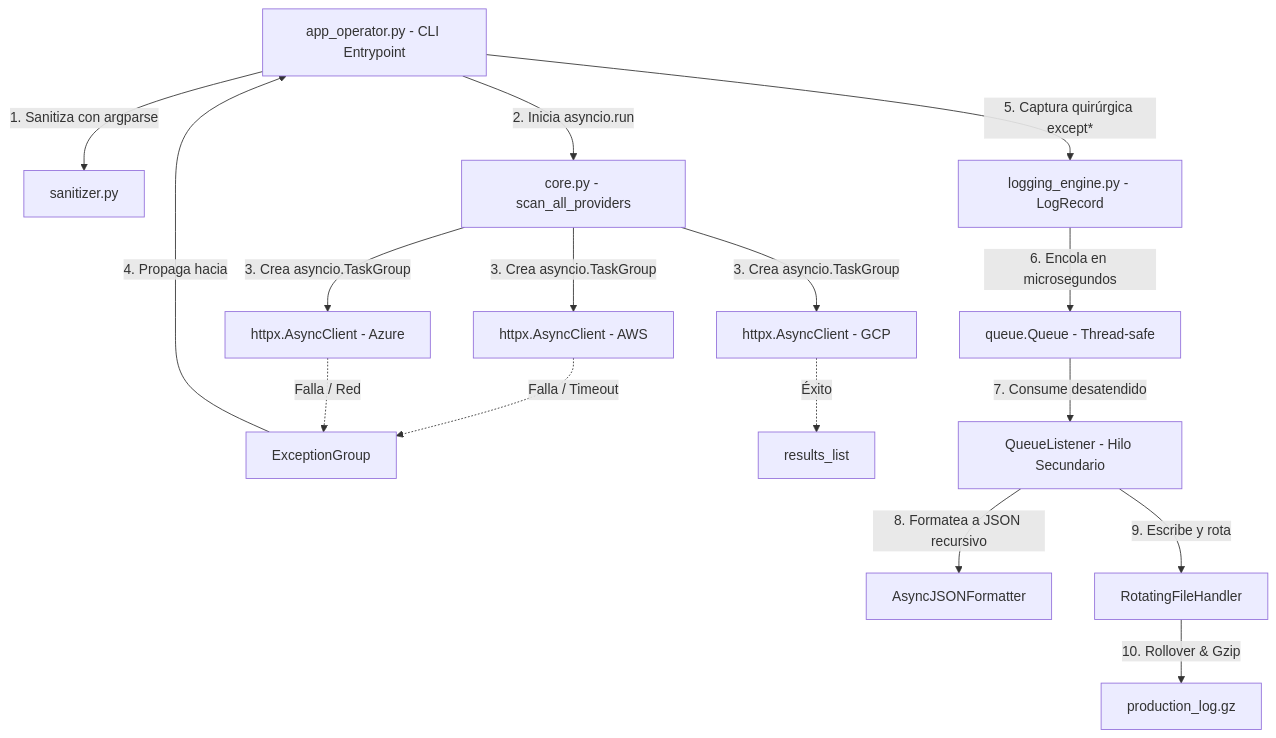
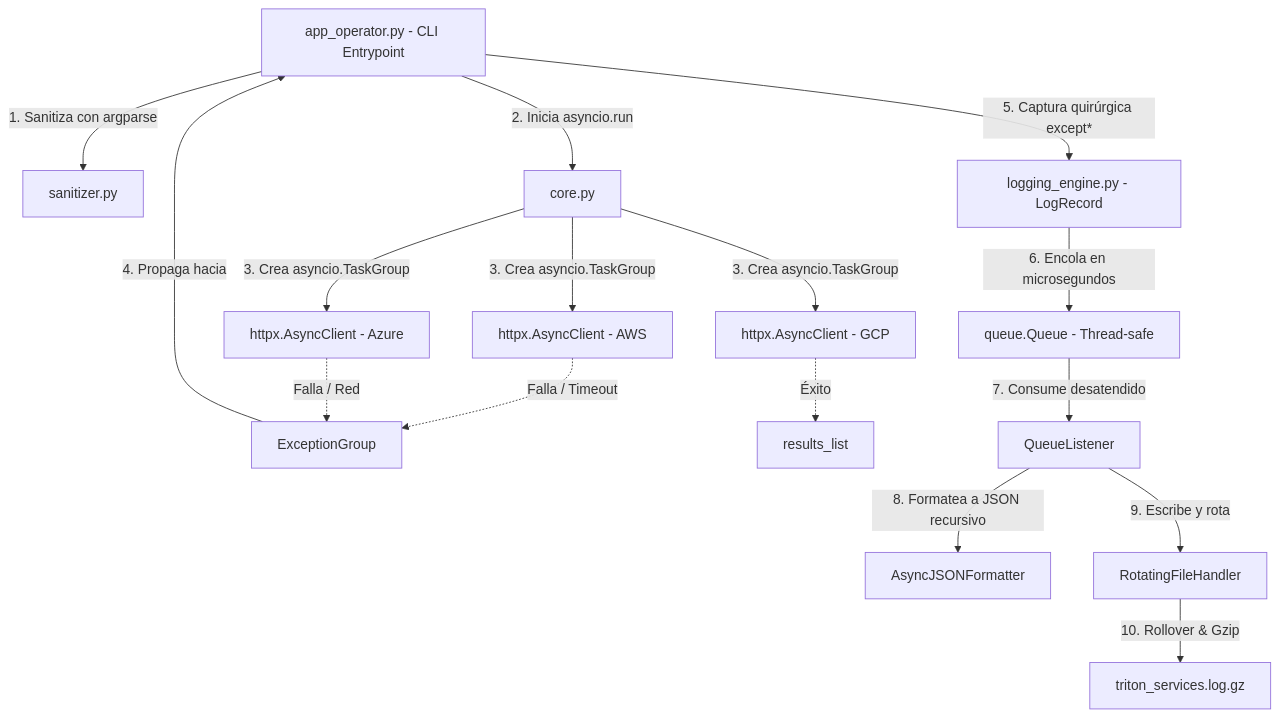
Before and after one commit to Mikoo/Triton: the diagram in README.md, drawn with Mermaid. The commit also changed other lines of this file, not shown here.

Commit message:
docs: simplificar diagrama mermaid y tabla de integrantes en README

````diff
--- a/README.md
+++ b/README.md
@@ -22,18 +97,18 @@
 ```mermaid
 graph TD
     A[app_operator.py - CLI Entrypoint] -->|1. Sanitiza con argparse| B[sanitizer.py]
-    A -->|2. Inicia asyncio.run| C[core.py - scan_all_providers]
+    A -->|2. Inicia asyncio.run| C[core.py]
     C -->|3. Crea asyncio.TaskGroup| D[httpx.AsyncClient - AWS]
     C -->|3. Crea asyncio.TaskGroup| E[httpx.AsyncClient - Azure]
     C -->|3. Crea asyncio.TaskGroup| F[httpx.AsyncClient - GCP]
     D -.->|Falla / Timeout| G[ExceptionGroup]
     E -.->|Falla / Red| G
     F -.->|Éxito| H[results_list]
     G -->|4. Propaga hacia| A
     A -->|5. Captura quirúrgica except*| I[logging_engine.py - LogRecord]
     I -->|6. Encola en microsegundos| J[queue.Queue - Thread-safe]
-    J -->|7. Consume desatendido| K[QueueListener - Hilo Secundario]
+    J -->|7. Consume desatendido| K[QueueListener]
     K -->|8. Formatea a JSON recursivo| L[AsyncJSONFormatter]
     K -->|9. Escribe y rota| M[RotatingFileHandler]
-    M -->|10. Rollover & Gzip| N[production_log.gz]
+    M -->|10. Rollover & Gzip| N[triton_services.log.gz]
 ```
````
